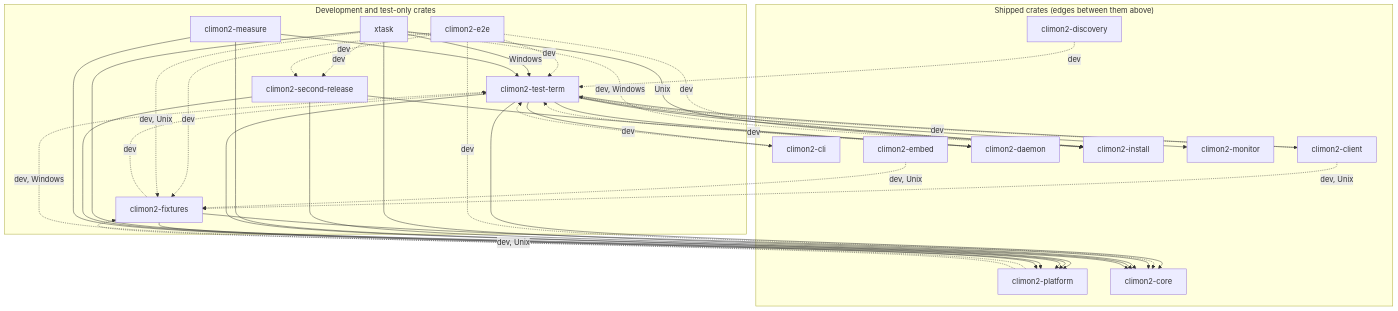
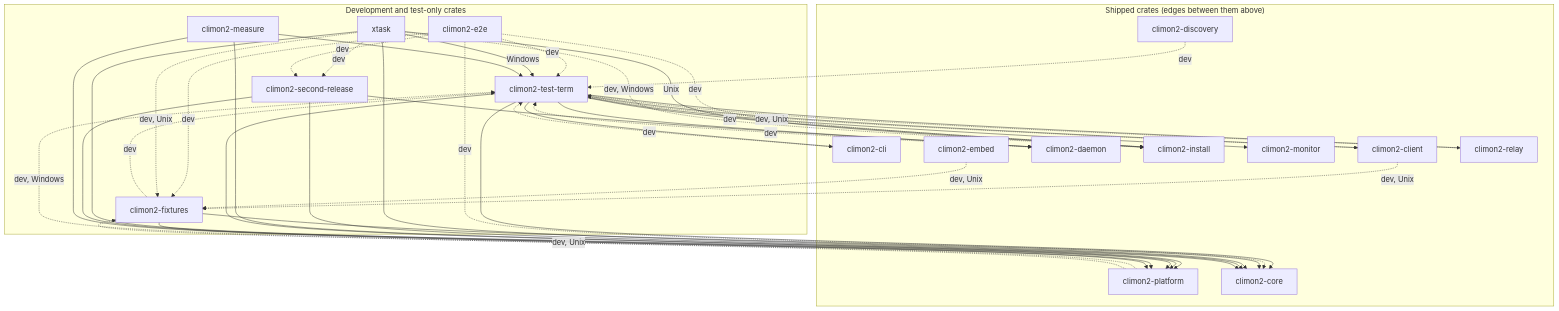
The third of 3 diagrams in docs/for-humans/architecture/crate-relationships.md (jackgeek/climon2), drawn with Mermaid before and after one commit. The commit also changed other lines of this file and 3 other files, not shown here.

First line of the commit message:
Draw the relay as built in the architecture documents (#499)

````diff
--- a/docs/for-humans/architecture/crate-relationships.md
+++ b/docs/for-humans/architecture/crate-relationships.md
@@ -126,60 +128,63 @@
 ```mermaid
 flowchart TB
     subgraph development["Development and test-only crates"]
         test_term["climon2-test-term"]
         e2e["climon2-e2e"]
         fixtures["climon2-fixtures"]
         xtask["xtask"]
         second["climon2-second-release"]
         measure["climon2-measure"]
     end
 
     subgraph shipped["Shipped crates (edges between them above)"]
         cli["climon2-cli"]
         discovery["climon2-discovery"]
         client["climon2-client"]
         daemon["climon2-daemon"]
         install["climon2-install"]
         monitor["climon2-monitor"]
         embed["climon2-embed"]
+        relay["climon2-relay"]
         platform["climon2-platform"]
         core["climon2-core"]
     end
 
     cli -.->|"dev"| test_term
     discovery -.->|"dev"| test_term
     client -.->|"dev"| test_term
     daemon -.->|"dev"| test_term
     test_term --> cli
     test_term --> client
     test_term --> core
     test_term --> daemon
     test_term --> install
     test_term --> monitor
     test_term --> platform
+    test_term --> relay
+    relay -.->|"dev, Unix"| test_term
     e2e -.->|"dev"| core
     e2e -.->|"dev"| fixtures
     e2e -.->|"dev"| install
     e2e -.->|"dev"| test_term
     fixtures --> core
     fixtures --> platform
     fixtures -.->|"dev"| test_term
     platform -.->|"dev, Unix"| fixtures
     platform -.->|"dev, Windows"| test_term
     client -.->|"dev, Unix"| fixtures
     embed -.->|"dev, Unix"| fixtures
     xtask --> core
     xtask -->|"Unix"| install
     xtask -.->|"dev, Windows"| install
     xtask -->|"Windows"| test_term
     xtask --> platform
     xtask -.->|"dev, Unix"| fixtures
     xtask -.->|"dev"| second
     e2e -.->|"dev"| second
     second --> core
     second --> daemon
     second --> platform
     measure --> core
     measure --> platform
     measure --> test_term
 ```
````
